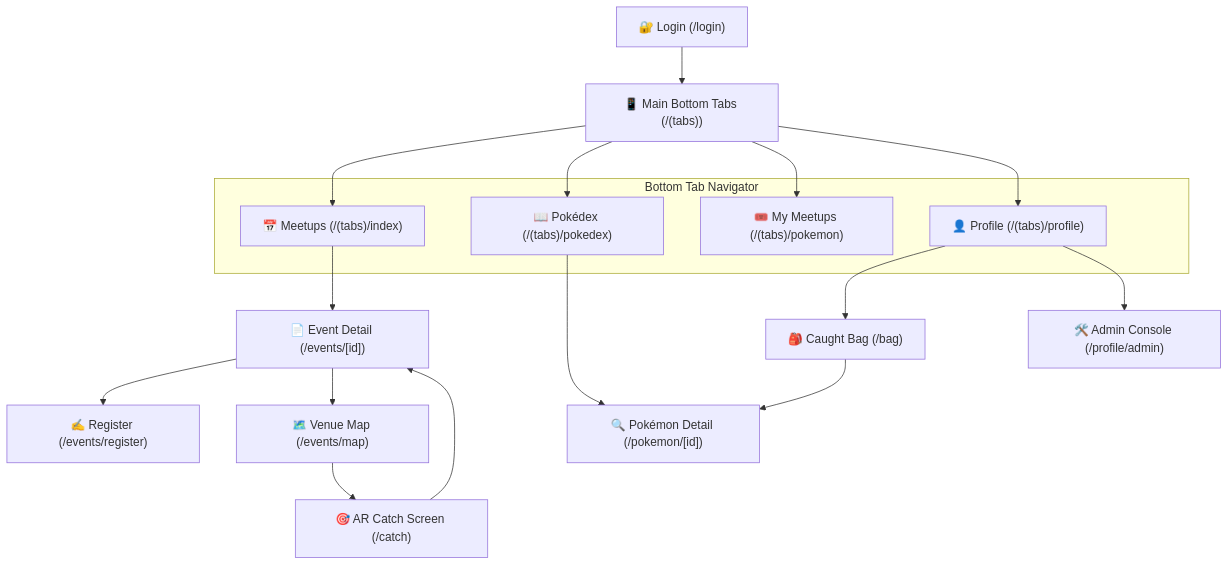
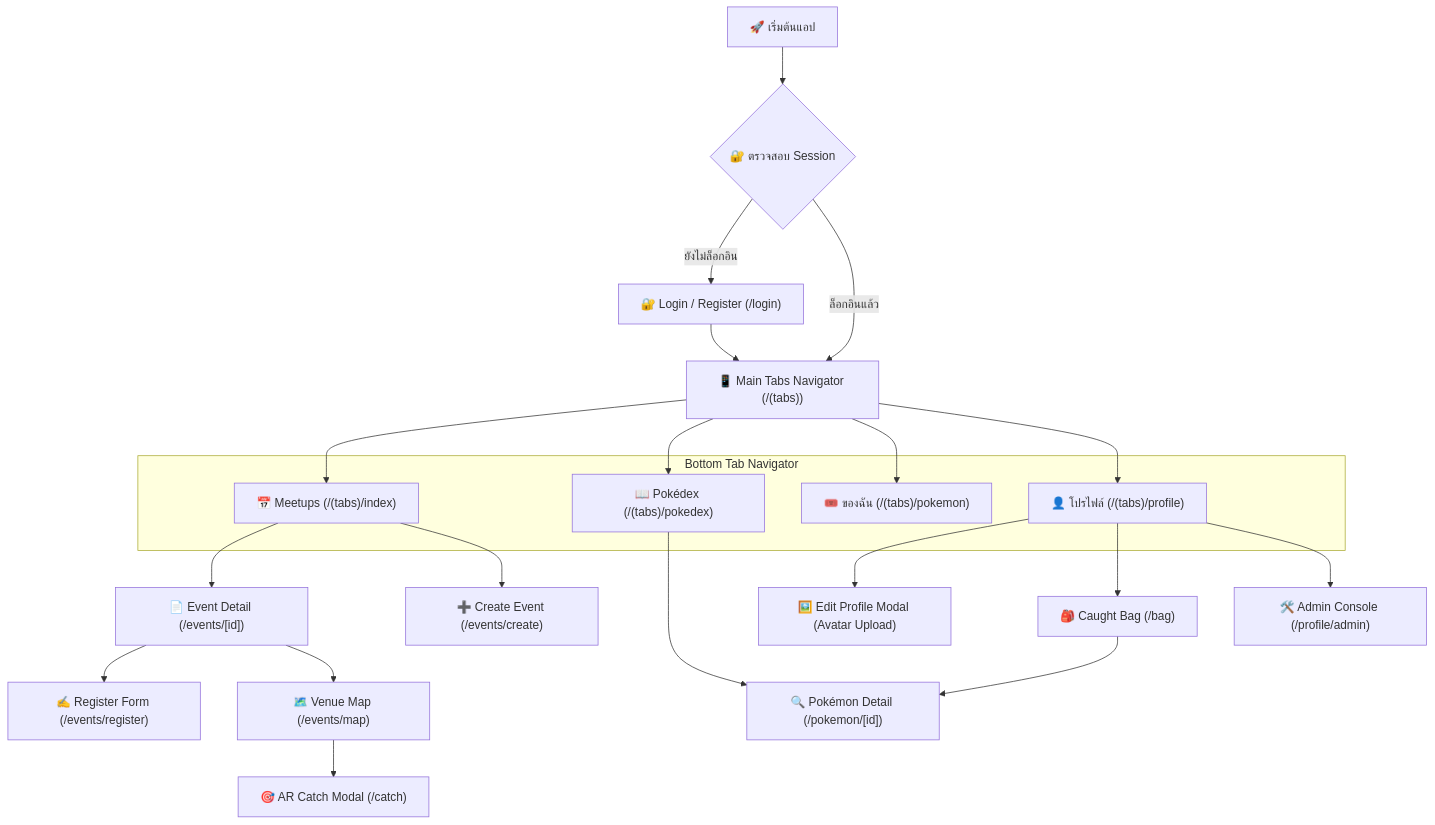
One commit to PATHAPHON/pokemongo changed the diagram in README.md. Above: the diagram before and after it, drawn with Mermaid. The commit also changed other lines of this file and 6 other files, not shown here.

````diff
--- a/README.md
+++ b/README.md
@@ -97,28 +186,32 @@
 ```mermaid
 flowchart TD
-    Login["🔐 Login (/login)"] --> MainTabs["📱 Main Bottom Tabs (/(tabs))"]
-    
+    AppStart["🚀 เริ่มต้นแอป"] --> Guard{"🔐 ตรวจสอบ Session"}
+    Guard -- "ยังไม่ล็อกอิน" --> LoginScreen["🔐 Login / Register (/login)"]
+    Guard -- "ล็อกอินแล้ว" --> MainTabs["📱 Main Tabs Navigator (/(tabs))"]
+    LoginScreen --> MainTabs
+
     subgraph Tabs ["Bottom Tab Navigator"]
         Tab1["📅 Meetups (/(tabs)/index)"]
         Tab2["📖 Pokédex (/(tabs)/pokedex)"]
-        Tab3["🎟️ My Meetups (/(tabs)/pokemon)"]
-        Tab4["👤 Profile (/(tabs)/profile)"]
+        Tab3["🎟️ ของฉัน (/(tabs)/pokemon)"]
+        Tab4["👤 โปรไฟล์ (/(tabs)/profile)"]
     end
-    
+
     MainTabs --> Tab1
     MainTabs --> Tab2
     MainTabs --> Tab3
     MainTabs --> Tab4
-    
+
     Tab1 --> EventDetail["📄 Event Detail (/events/[id])"]
-    EventDetail --> EventRegister["✍️ Register (/events/register)"]
+    Tab1 --> EventCreate["➕ Create Event (/events/create)"]
+    EventDetail --> EventRegister["✍️ Register Form (/events/register)"]
     EventDetail --> VenueMap["🗺️ Venue Map (/events/map)"]
-    VenueMap --> CatchScreen["🎯 AR Catch Screen (/catch)"]
-    CatchScreen --> EventDetail
-    
+    VenueMap --> CatchScreen["🎯 AR Catch Modal (/catch)"]
+
     Tab2 --> PokeDetail["🔍 Pokémon Detail (/pokemon/[id])"]
-    
+
+    Tab4 --> EditModal["🖼️ Edit Profile Modal (Avatar Upload)"]
     Tab4 --> BagScreen["🎒 Caught Bag (/bag)"]
     Tab4 --> AdminConsole["🛠️ Admin Console (/profile/admin)"]
     BagScreen --> PokeDetail
 ```
````
